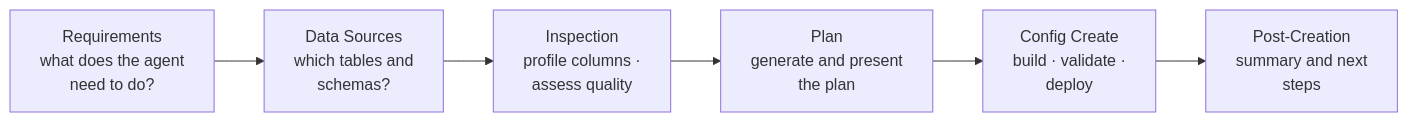
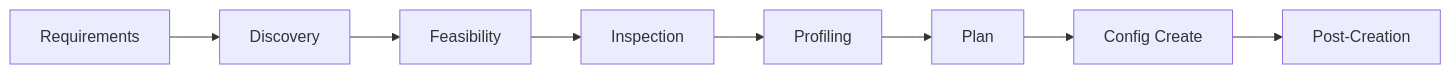
Before and after one commit to databricks-solutions/databricks-genie-workbench: the diagram in docs/docs/features/create-agent.md, drawn with Mermaid. The commit also changed other lines of this file and 1068 other files, not shown here.

````diff
--- a/docs/docs/features/create-agent.md
+++ b/docs/docs/features/create-agent.md
@@ -14,8 +14,10 @@
 ```mermaid
 flowchart LR
-    req["Requirements<br/>what does the agent<br/>need to do?"] --> ds["Data Sources<br/>which tables and<br/>schemas?"]
-    ds --> insp["Inspection<br/>profile columns ·<br/>assess quality"]
-    insp --> plan["Plan<br/>generate and present<br/>the plan"]
-    plan --> cfg["Config Create<br/>build · validate ·<br/>deploy"]
-    cfg --> post["Post-Creation<br/>summary and next<br/>steps"]
+    req["Requirements"] --> disc["Discovery"]
+    disc --> feas["Feasibility"]
+    feas --> insp["Inspection"]
+    insp --> prof["Profiling"]
+    prof --> plan["Plan"]
+    plan --> cfg["Config Create"]
+    cfg --> post["Post-Creation"]
 ```
````
